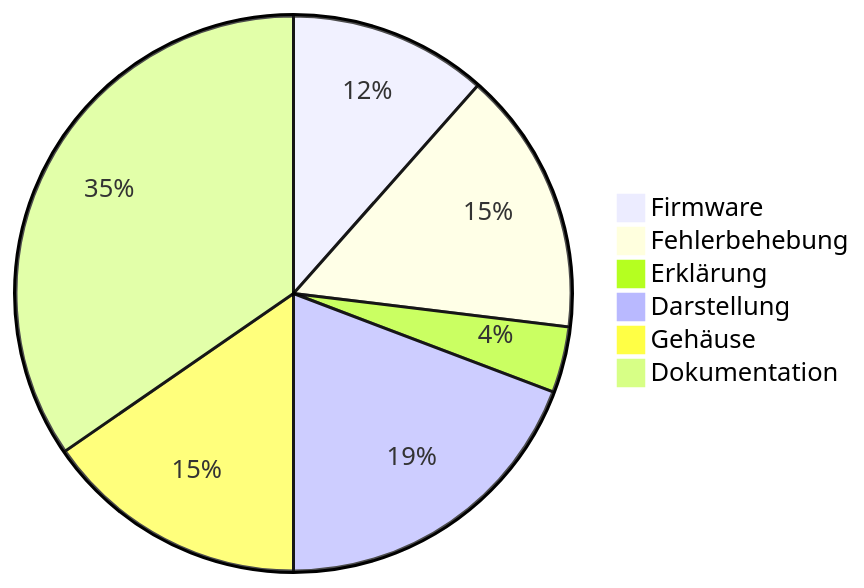
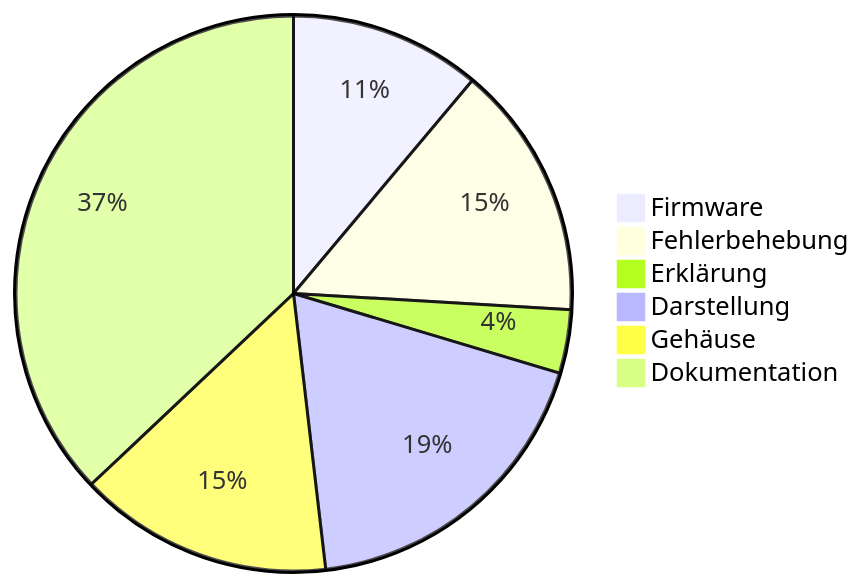
The third of 3 diagrams in wiki/Entwicklungsverlauf.md (BBZ-AIFS51/LF7-Projekt_GAS), drawn with Mermaid before and after one commit. The commit also changed other lines of this file and 13 other files, not shown here.

````diff
--- a/wiki/Entwicklungsverlauf.md
+++ b/wiki/Entwicklungsverlauf.md
@@ -145,9 +147,9 @@
 ```mermaid
 pie
     "Firmware" : 3
     "Fehlerbehebung" : 4
     "Erklärung" : 1
     "Darstellung" : 5
     "Gehäuse" : 4
-    "Dokumentation" : 9
+    "Dokumentation" : 10
 ```
````
